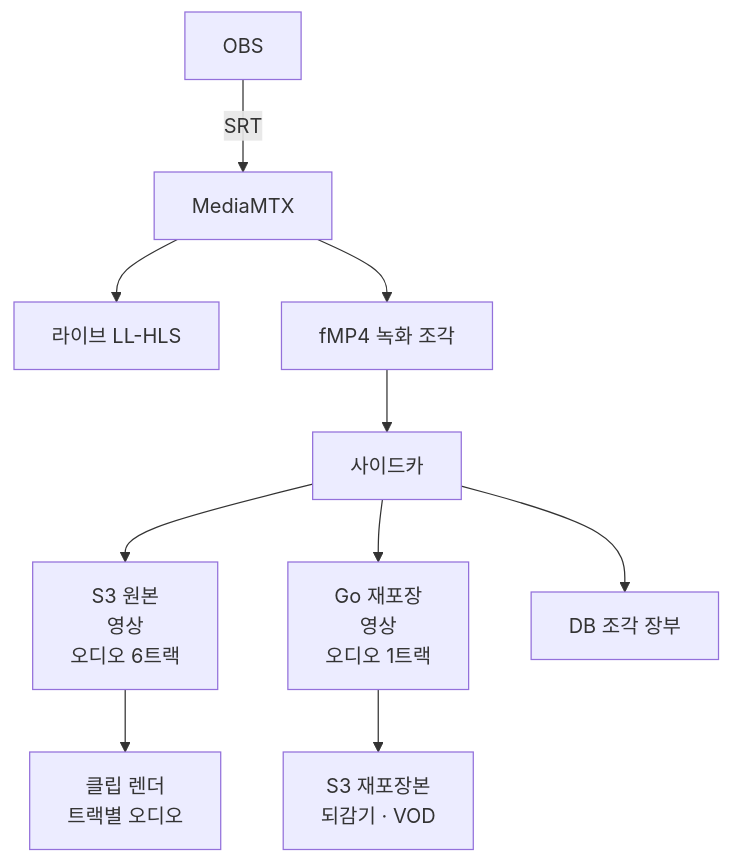
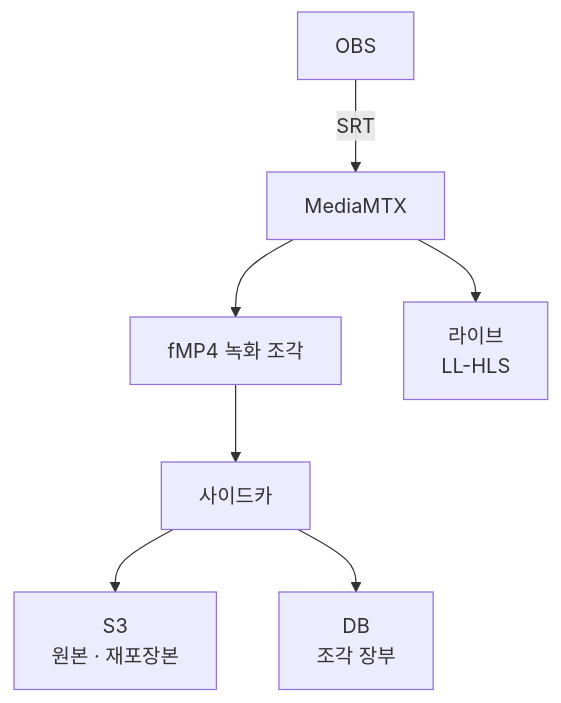
One commit to xodbs1021/xodbs1021.github.io changed the diagram in _workspace/blog/pokeclip-media-timeline-over-wall-clock/draft.md. Above: the diagram before and after it, drawn with Mermaid. The commit also changed other lines of this file and 5 other files, not shown here.

````diff
--- a/_workspace/blog/pokeclip-media-timeline-over-wall-clock/draft.md
+++ b/_workspace/blog/pokeclip-media-timeline-over-wall-clock/draft.md
@@ -27,12 +27,9 @@
 ```mermaid
 flowchart TD
     obs["OBS"] -->|SRT| mtx["MediaMTX"]
-    mtx --> live["라이브 LL-HLS"]
     mtx --> rec["fMP4 녹화 조각"]
+    mtx --> live["라이브<br/>LL-HLS"]
     rec --> sidecar["사이드카"]
-    sidecar --> original["S3 원본<br/>영상<br/>오디오 6트랙"]
-    sidecar --> repack["Go 재포장<br/>영상<br/>오디오 1트랙"]
-    sidecar --> ledger["DB 조각 장부"]
-    original --> render["클립 렌더<br/>트랙별 오디오"]
-    repack --> playback["S3 재포장본<br/>되감기 · VOD"]
+    sidecar --> s3["S3<br/>원본 · 재포장본"]
+    sidecar --> ledger["DB<br/>조각 장부"]
 ```
````
